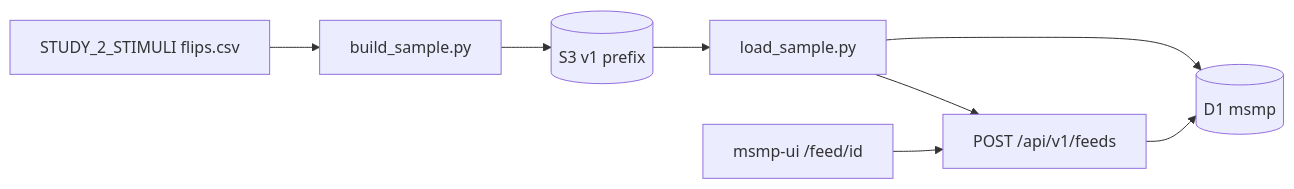
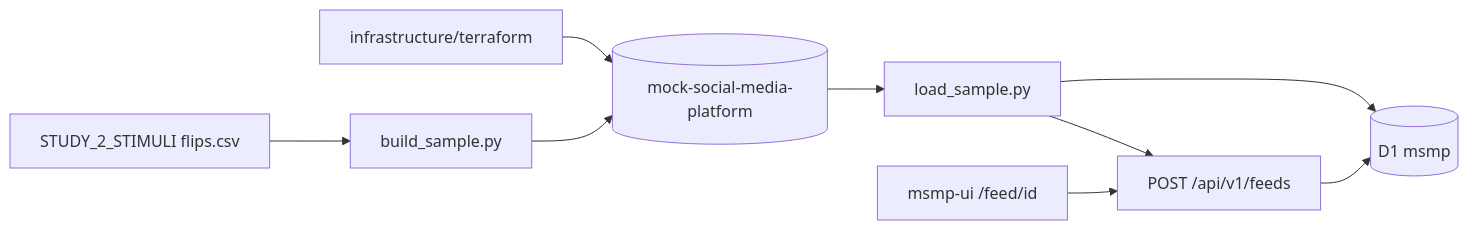
One commit to METResearchGroup/mock_social_media_platform changed the first of 2 diagrams in docs/plans/2026-10-27_mirrorview-study2-sample-feed_7b2e91/proposal.md. Above: the diagram before and after it, drawn with Mermaid. The commit also changed other lines of this file, not shown here.

First line of the commit message:
Record the new sample bucket and Terraform plan.

````diff
--- a/docs/plans/2026-10-27_mirrorview-study2-sample-feed_7b2e91/proposal.md
+++ b/docs/plans/2026-10-27_mirrorview-study2-sample-feed_7b2e91/proposal.md
@@ -155,18 +173,20 @@
 ```mermaid
 flowchart LR
+  TF[infrastructure/terraform]
+  BUCKET[(mock-social-media-platform)]
   SRC["STUDY_2_STIMULI flips.csv"]
   BUILD[build_sample.py]
-  S3[(S3 v1 prefix)]
   LOAD[load_sample.py]
   D1[(D1 msmp)]
   API[POST /api/v1/feeds]
   UI[msmp-ui /feed/id]
 
+  TF --> BUCKET
   SRC --> BUILD
-  BUILD --> S3
-  S3 --> LOAD
+  BUILD --> BUCKET
+  BUCKET --> LOAD
   LOAD --> D1
   LOAD --> API
   API --> D1
   UI --> API
 ```
````
